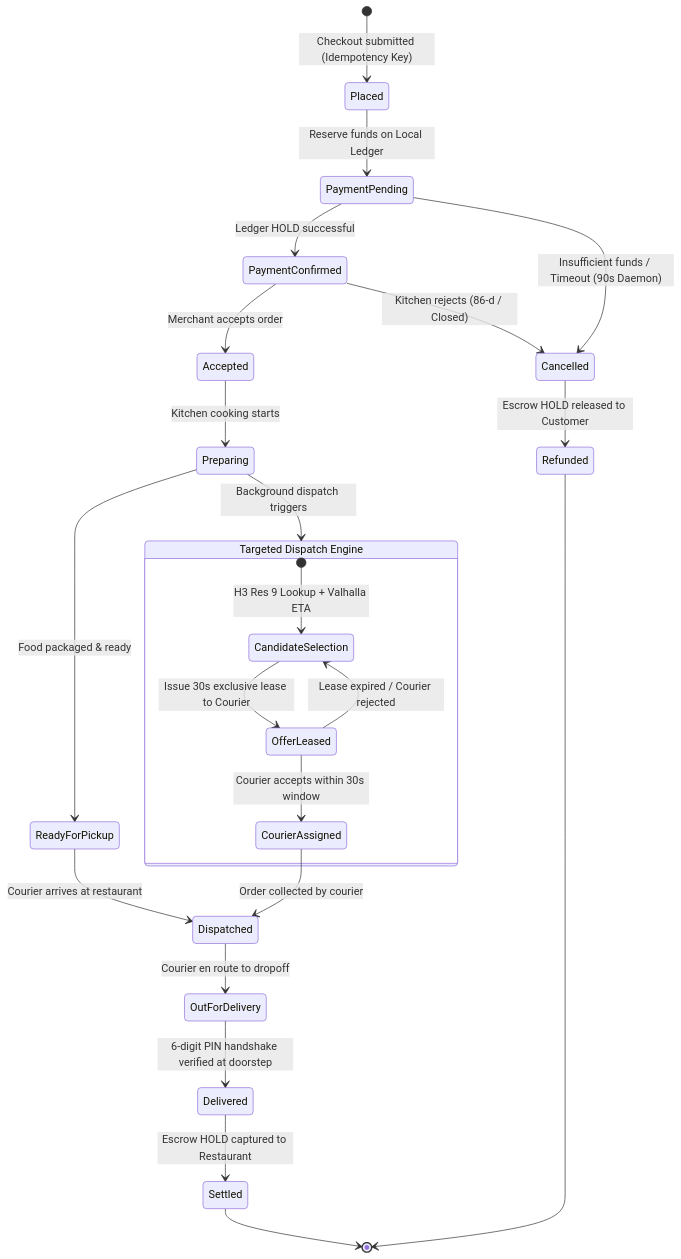
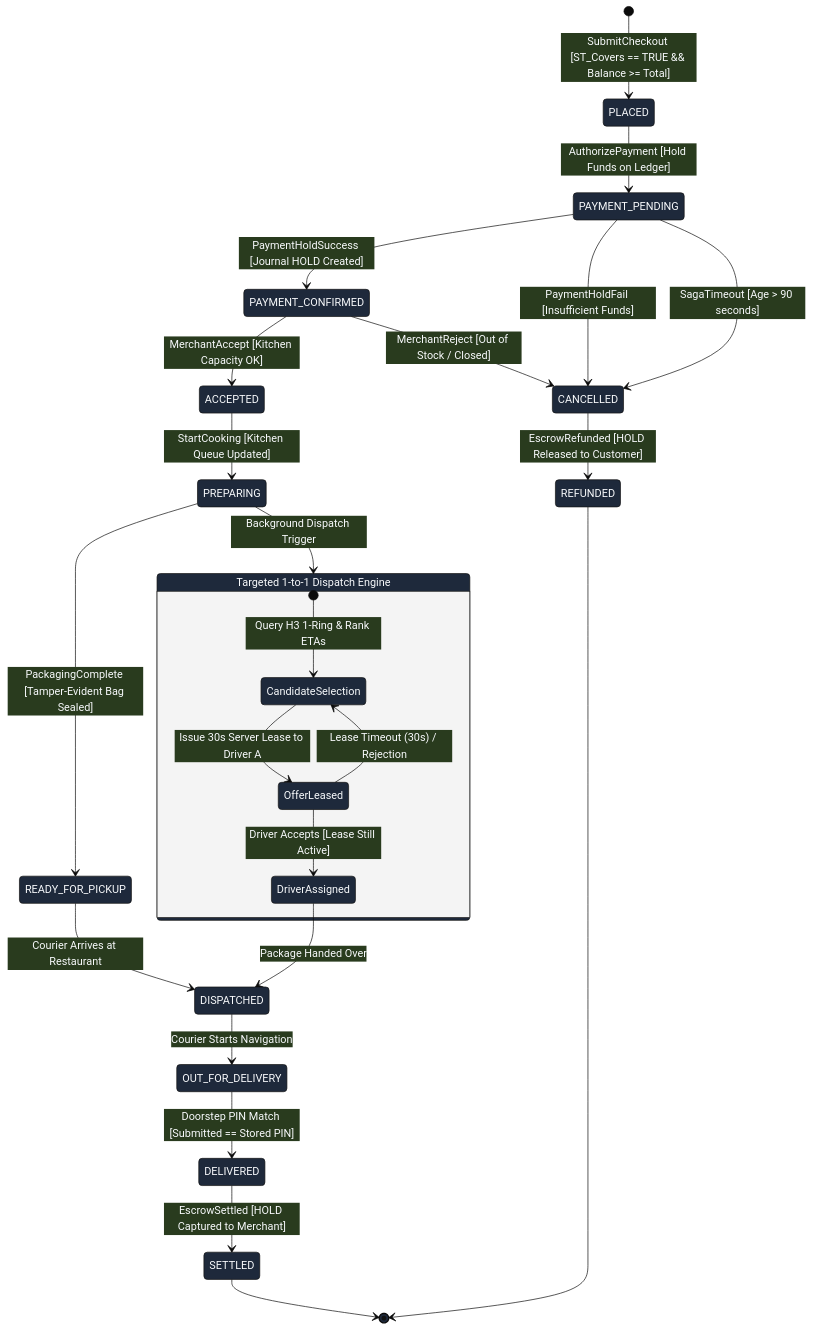
One commit to BlackPool25/delivery-platform changed the third of 5 diagrams in docs/ARCHITECTURE.md. Above: the diagram before and after it, drawn with Mermaid. The commit also changed other lines of this file and 8 other files, not shown here.

Commit message:
docs: author production-grade systems architecture, MDA metamodel, and Material for MkDocs suite

````diff
--- a/docs/ARCHITECTURE.md
+++ b/docs/ARCHITECTURE.md
@@ -229,34 +417,39 @@
 ```mermaid
+%%{init: {'theme': 'base', 'themeVariables': {'primaryColor': '#1e293b', 'edgeColor': '#64748b', 'textColor': '#f8fafc', 'primaryTextColor': '#f8fafc'}}}%%
 stateDiagram-v2
-    [*] --> Placed: Checkout submitted (Idempotency Key)
-    Placed --> PaymentPending: Reserve funds on Local Ledger
+    direction TB
+
+    [*] --> PLACED : SubmitCheckout [ST_Covers == TRUE && Balance >= Total]
     
-    PaymentPending --> PaymentConfirmed: Ledger HOLD successful
-    PaymentPending --> Cancelled: Insufficient funds / Timeout (90s Daemon)
+    PLACED --> PAYMENT_PENDING : AuthorizePayment [Hold Funds on Ledger]
     
-    PaymentConfirmed --> Accepted: Merchant accepts order
-    PaymentConfirmed --> Cancelled: Kitchen rejects (86-d / Closed)
+    PAYMENT_PENDING --> PAYMENT_CONFIRMED : PaymentHoldSuccess [Journal HOLD Created]
+    PAYMENT_PENDING --> CANCELLED : PaymentHoldFail [Insufficient Funds]
+    PAYMENT_PENDING --> CANCELLED : SagaTimeout [Age > 90 seconds]
     
-    Accepted --> Preparing: Kitchen cooking starts
-    Preparing --> ReadyForPickup: Food packaged & ready
+    PAYMENT_CONFIRMED --> ACCEPTED : MerchantAccept [Kitchen Capacity OK]
+    PAYMENT_CONFIRMED --> CANCELLED : MerchantReject [Out of Stock / Closed]
     
-    state "Targeted Dispatch Engine" as Dispatch {
-        [*] --> CandidateSelection: H3 Res 9 Lookup + Valhalla ETA
-        CandidateSelection --> OfferLeased: Issue 30s exclusive lease to Courier
-        OfferLeased --> CandidateSelection: Lease expired / Courier rejected
-        OfferLeased --> CourierAssigned: Courier accepts within 30s window
+    ACCEPTED --> PREPARING : StartCooking [Kitchen Queue Updated]
+    PREPARING --> READY_FOR_PICKUP : PackagingComplete [Tamper-Evident Bag Sealed]
+    
+    state "Targeted 1-to-1 Dispatch Engine" as DispatchFSM {
+        [*] --> CandidateSelection : Query H3 1-Ring & Rank ETAs
+        CandidateSelection --> OfferLeased : Issue 30s Server Lease to Driver A
+        OfferLeased --> CandidateSelection : Lease Timeout (30s) / Rejection
+        OfferLeased --> DriverAssigned : Driver Accepts [Lease Still Active]
     }
+
+    PREPARING --> DispatchFSM : Background Dispatch Trigger
+    READY_FOR_PICKUP --> DISPATCHED : Courier Arrives at Restaurant
+    DriverAssigned --> DISPATCHED : Package Handed Over
     
-    Preparing --> Dispatch: Background dispatch triggers
-    ReadyForPickup --> Dispatched: Courier arrives at restaurant
-    CourierAssigned --> Dispatched: Order collected by courier
+    DISPATCHED --> OUT_FOR_DELIVERY : Courier Starts Navigation
+    OUT_FOR_DELIVERY --> DELIVERED : Doorstep PIN Match [Submitted == Stored PIN]
     
-    Dispatched --> OutForDelivery: Courier en route to dropoff
-    OutForDelivery --> Delivered: 6-digit PIN handshake verified at doorstep
+    DELIVERED --> SETTLED : EscrowSettled [HOLD Captured to Merchant]
+    CANCELLED --> REFUNDED : EscrowRefunded [HOLD Released to Customer]
     
-    Delivered --> Settled: Escrow HOLD captured to Restaurant
-    Cancelled --> Refunded: Escrow HOLD released to Customer
-    
-    Settled --> [*]
-    Refunded --> [*]
+    SETTLED --> [*]
+    REFUNDED --> [*]
 ```
````
